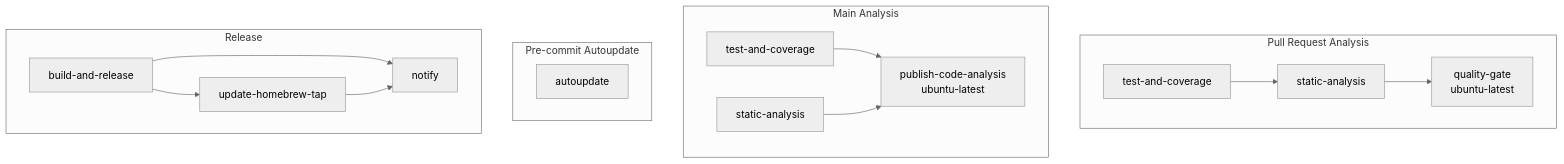
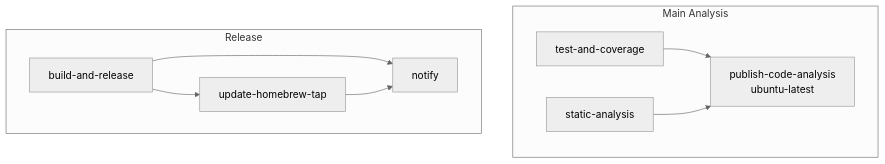
One commit to ericodx/swift-member-lineup changed the second of 6 diagrams in Docs/CI/README.md. Above: the diagram before and after it, drawn with Mermaid (neutral theme). The commit also changed other lines of this file and 3 other files, not shown here.

````diff
--- a/Docs/CI/README.md
+++ b/Docs/CI/README.md
@@ -116,22 +61,13 @@
 ```mermaid
 graph TD
-    subgraph PR[Pull Request Analysis]
-        A1[test-and-coverage] --> A2[static-analysis]
-        A2 --> A3[quality-gate<br/>ubuntu-latest]
-    end
-
     subgraph Main[Main Analysis]
         B1[test-and-coverage] --> B3[publish-code-analysis<br/>ubuntu-latest]
         B2[static-analysis] --> B3
-    end
-
-    subgraph PreCommit[Pre-commit Autoupdate]
-        C1[autoupdate]
     end
 
     subgraph Rel[Release]
         D1[build-and-release] --> D2[update-homebrew-tap]
         D1 --> D3[notify]
         D2 --> D3
     end
 ```
````
